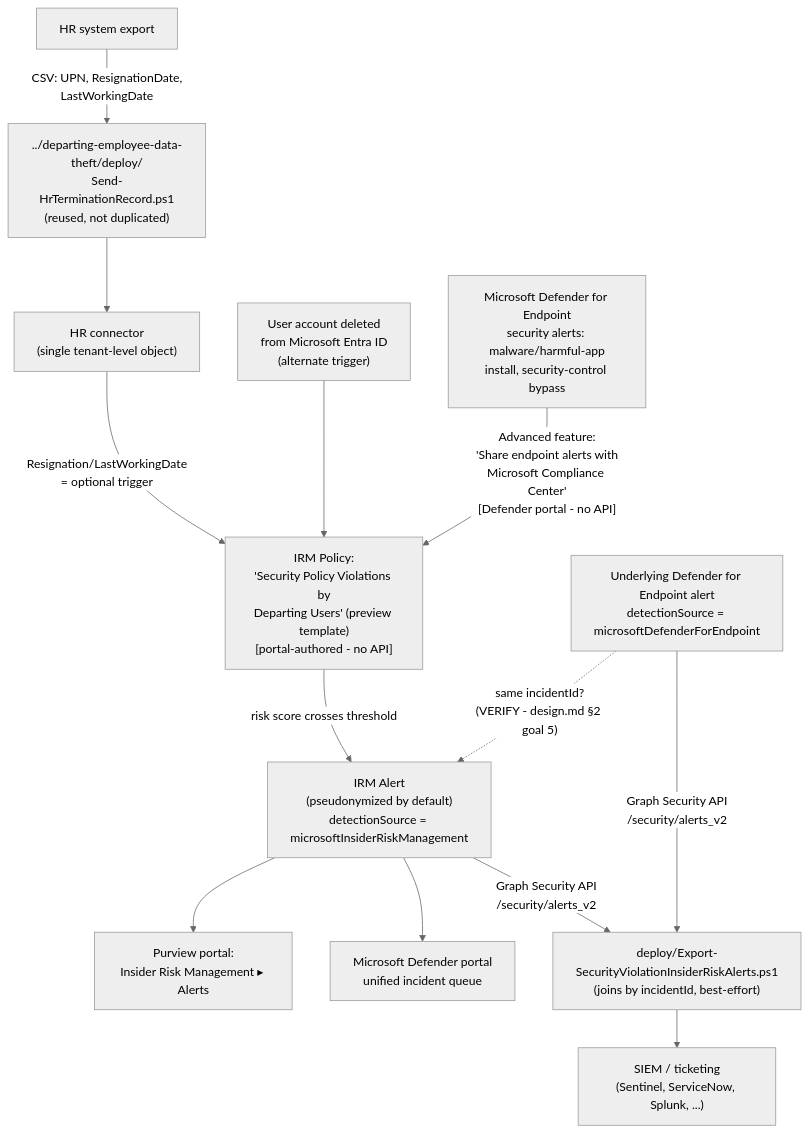
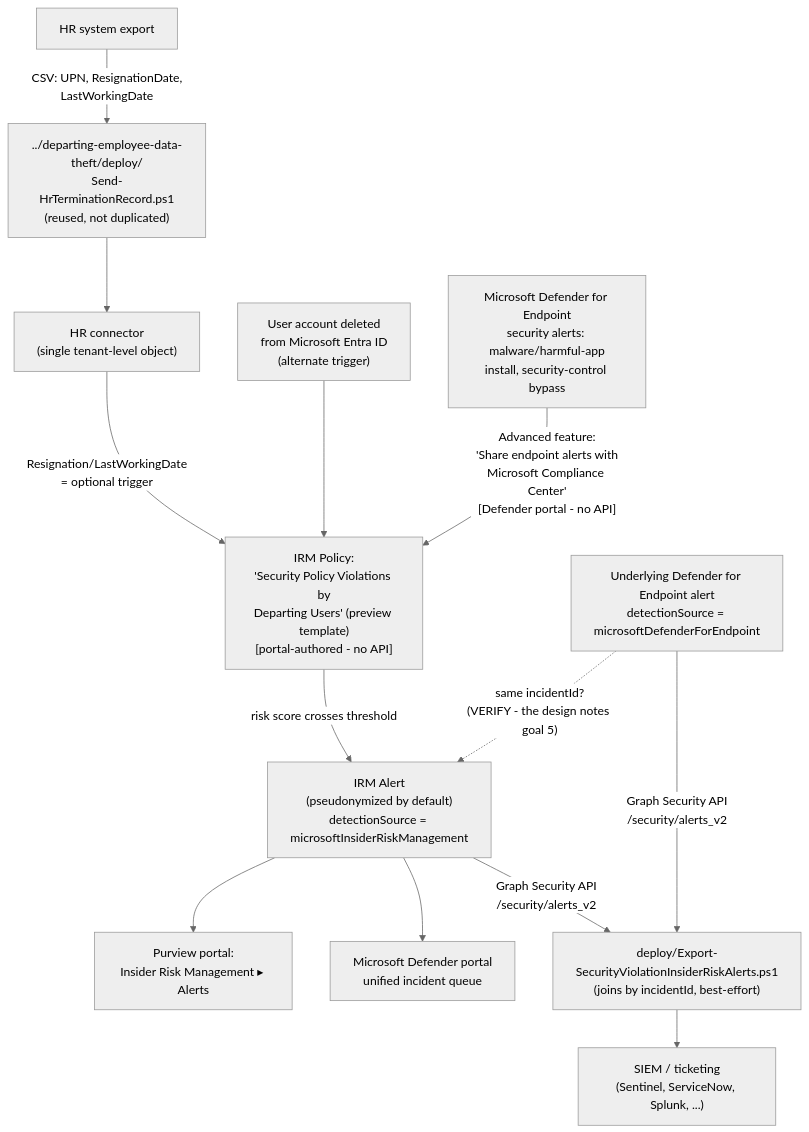
The diagram in src/content/scenarios/insider-risk/security-policy-violations-by-departing-users.md (kpsec1/kpsec1.github.io), drawn with Mermaid (neutral theme) before and after one commit. The commit also changed 269 other files, not shown here.

````diff
--- a/src/content/scenarios/insider-risk/security-policy-violations-by-departing-users.md
+++ b/src/content/scenarios/insider-risk/security-policy-violations-by-departing-users.md
@@ -60,15 +60,15 @@
 ```mermaid
 flowchart TD
     HR[HR system export] -->|"CSV: UPN, ResignationDate,\nLastWorkingDate"| Script["../departing-employee-data-theft/deploy/\nSend-HrTerminationRecord.ps1\n(reused, not duplicated)"]
     Script --> Connector["HR connector\n(single tenant-level object)"]
     Connector -->|"Resignation/LastWorkingDate\n= optional trigger"| Policy["IRM Policy:\n'Security Policy Violations by\nDeparting Users' (preview template)\n[portal-authored - no API]"]
     EntraDel["User account deleted\nfrom Microsoft Entra ID\n(alternate trigger)"] --> Policy
     MDE["Microsoft Defender for Endpoint\nsecurity alerts: malware/harmful-app\ninstall, security-control bypass"] -->|"Advanced feature:\n'Share endpoint alerts with\nMicrosoft Compliance Center'\n[Defender portal - no API]"| Policy
     Policy -->|risk score crosses threshold| Alert["IRM Alert\n(pseudonymized by default)\ndetectionSource = microsoftInsiderRiskManagement"]
-    MDEAlert["Underlying Defender for Endpoint alert\ndetectionSource = microsoftDefenderForEndpoint"] -.->|"same incidentId?\n(VERIFY - design.md §2 goal 5)"| Alert
+    MDEAlert["Underlying Defender for Endpoint alert\ndetectionSource = microsoftDefenderForEndpoint"] -.->|"same incidentId?\n(VERIFY - the design notes goal 5)"| Alert
     Alert --> Dashboard["Purview portal:\nInsider Risk Management ▸ Alerts"]
     Alert --> Defender["Microsoft Defender portal\nunified incident queue"]
     Alert -->|"Graph Security API\n/security/alerts_v2"| Export["deploy/Export-SecurityViolationInsiderRiskAlerts.ps1\n(joins by incidentId, best-effort)"]
     MDEAlert -->|"Graph Security API\n/security/alerts_v2"| Export
     Export --> SIEM["SIEM / ticketing\n(Sentinel, ServiceNow, Splunk, ...)"]
 ```
````
